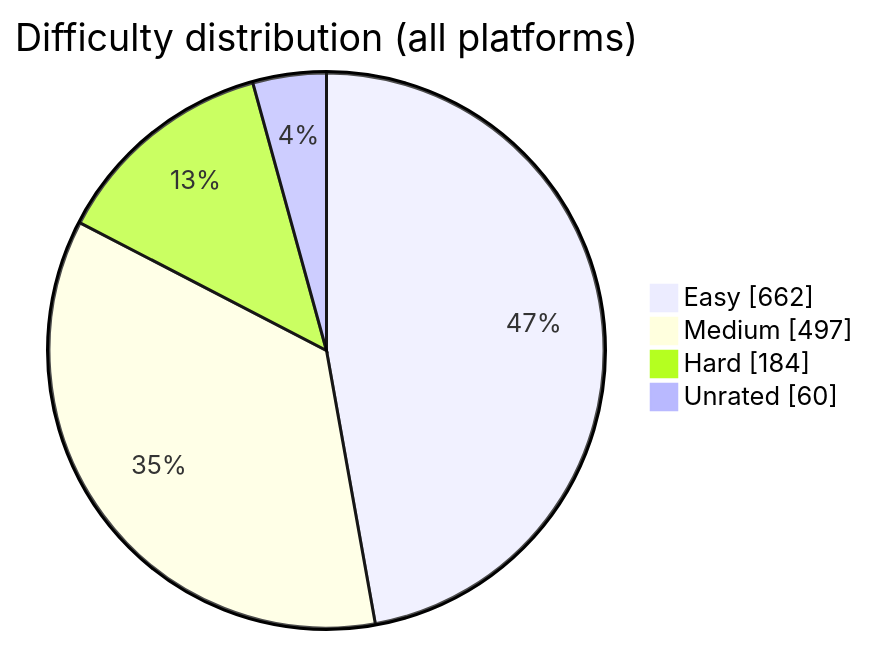
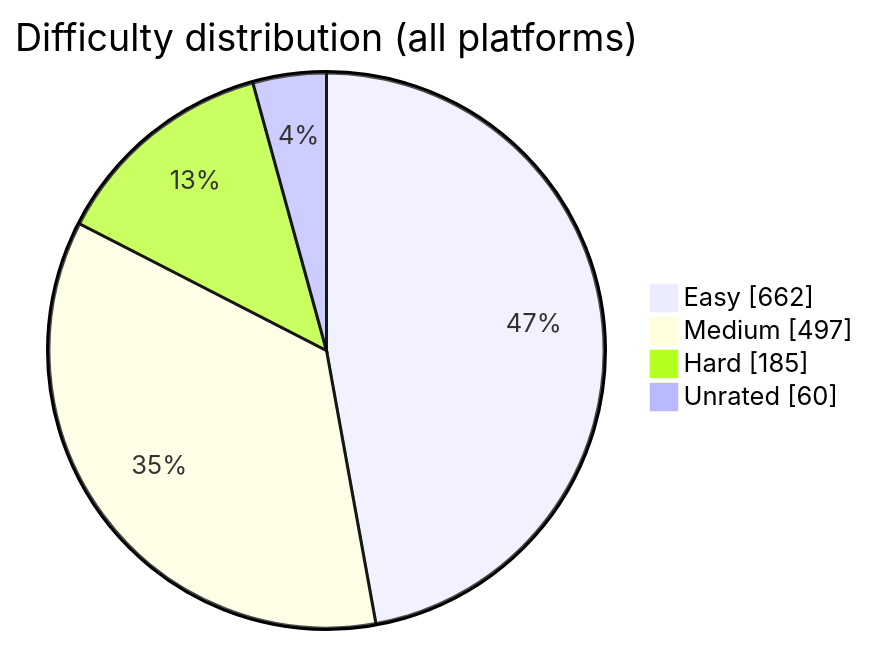
The diagram in README.md (BuildbyArindam/Daily-Coding-Log), drawn with Mermaid before and after one commit. The commit also changed other lines of this file, not shown here.

````diff
--- a/README.md
+++ b/README.md
@@ -93,7 +93,7 @@
 ```mermaid
 pie showData title Difficulty distribution (all platforms)
     "Easy" : 662
     "Medium" : 497
-    "Hard" : 184
+    "Hard" : 185
     "Unrated" : 60
 ```
````
